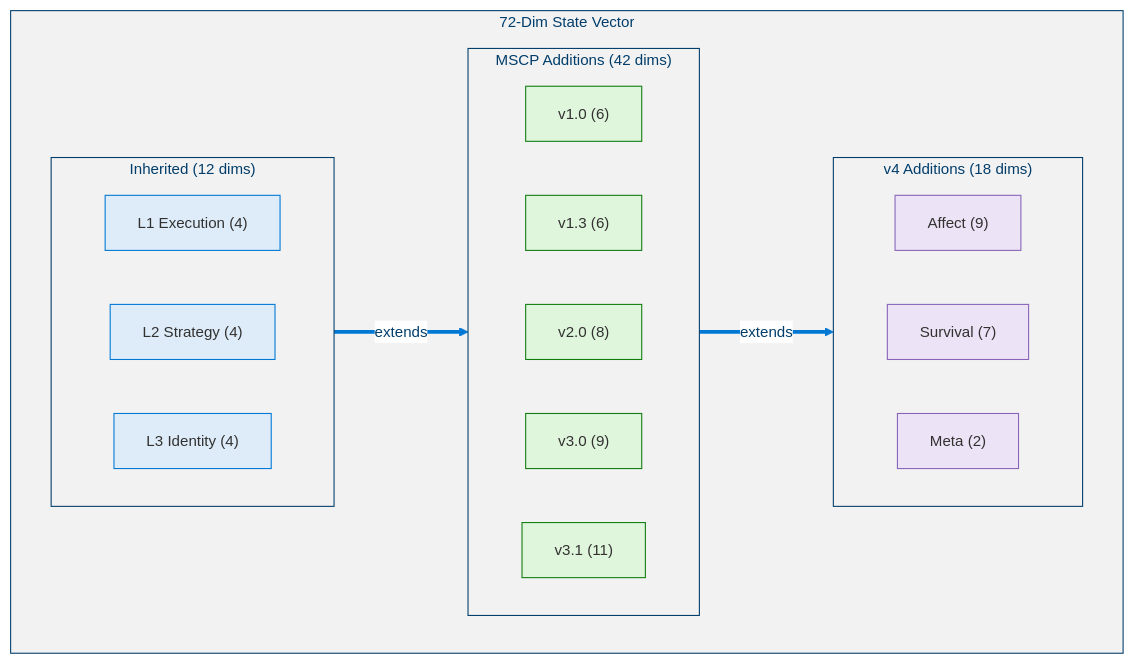
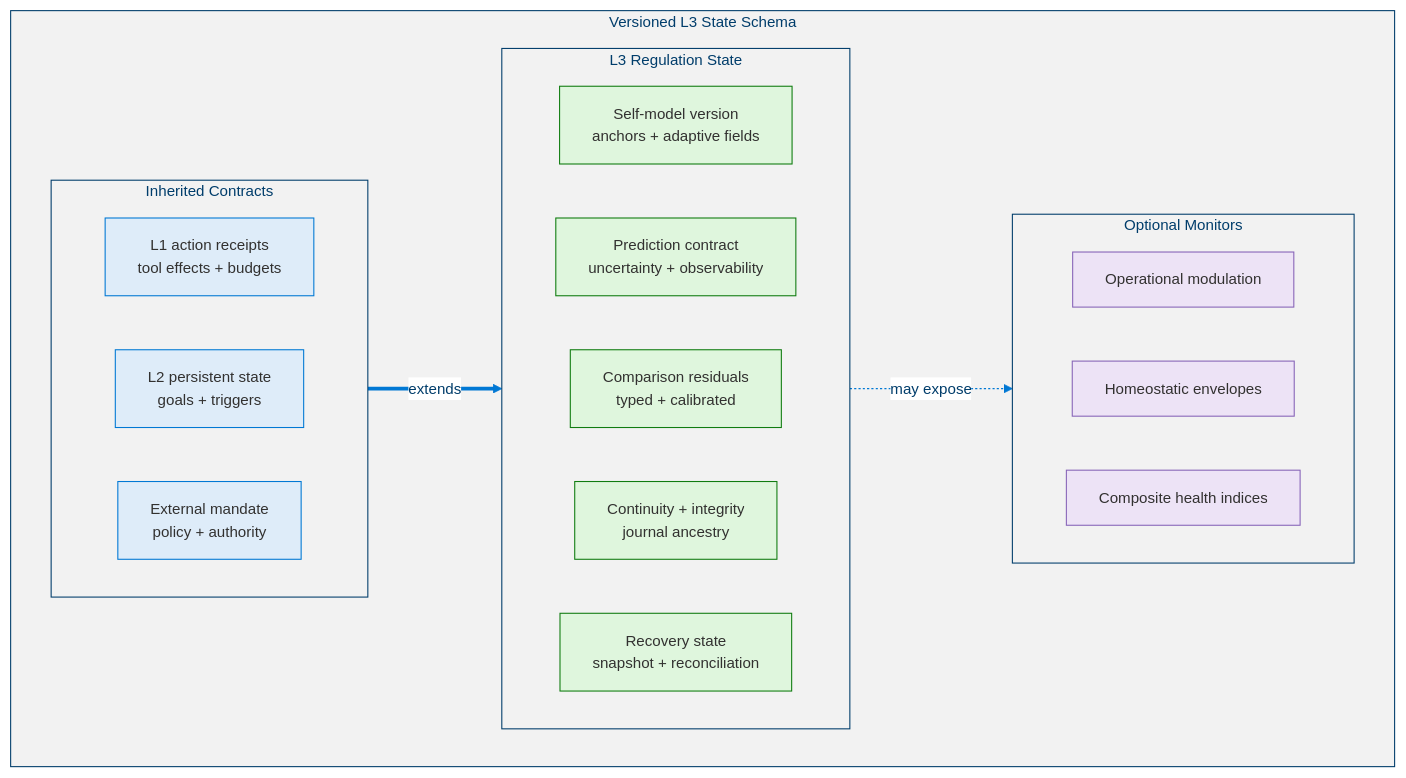
Diagram 17 of 19 in docs/levels/Level_3_Self_Regulating_Agent.md (dotnetpower/mscp), drawn with Mermaid before and after one commit. The commit also changed other lines of this file and 21 other files, not shown here.

````diff
--- a/docs/levels/Level_3_Self_Regulating_Agent.md
+++ b/docs/levels/Level_3_Self_Regulating_Agent.md
@@ -1320,35 +1439,35 @@
 ```mermaid
 %%{init: {'theme': 'base', 'themeVariables': {'primaryColor': '#0078D4', 'primaryTextColor': '#003D6B', 'primaryBorderColor': '#003D6B', 'secondaryColor': '#50E6FF', 'secondaryTextColor': '#323130', 'secondaryBorderColor': '#00BCF2', 'tertiaryColor': '#F2F2F2', 'tertiaryTextColor': '#323130', 'lineColor': '#0078D4', 'textColor': '#323130', 'mainBkg': '#DEECF9', 'nodeBorder': '#0078D4', 'clusterBkg': '#F2F2F2', 'clusterBorder': '#003D6B', 'titleColor': '#003D6B', 'edgeLabelBackground': '#FFFFFF', 'fontSize': '14px'}}}%%
 flowchart TB
   classDef base fill:#DEECF9,stroke:#0078D4,color:#323130
   classDef mscp fill:#DFF6DD,stroke:#107C10,color:#323130
   classDef v4 fill:#EDE3F6,stroke:#8764B8,color:#323130
 
-  subgraph SV["72-Dim State Vector"]
-    subgraph Base["Inherited (12 dims)"]
+  subgraph SV["Versioned L3 State Schema"]
+    subgraph Base["Inherited Contracts"]
       direction LR
-      SV1["L1 Execution (4)"]:::base
-      SV2["L2 Strategy (4)"]:::base
-      SV3["L3 Identity (4)"]:::base
+      SV1["L1 action receipts<br/>tool effects + budgets"]:::base
+      SV2["L2 persistent state<br/>goals + triggers"]:::base
+      SV3["External mandate<br/>policy + authority"]:::base
     end
 
-    subgraph MSCP["MSCP Additions (42 dims)"]
+    subgraph MSCP["L3 Regulation State"]
       direction LR
-      SV4["v1.0 (6)"]:::mscp
-      SV5["v1.3 (6)"]:::mscp
-      SV6["v2.0 (8)"]:::mscp
-      SV7["v3.0 (9)"]:::mscp
-      SV8["v3.1 (11)"]:::mscp
+      SV4["Self-model version<br/>anchors + adaptive fields"]:::mscp
+      SV5["Prediction contract<br/>uncertainty + observability"]:::mscp
+      SV6["Comparison residuals<br/>typed + calibrated"]:::mscp
+      SV7["Continuity + integrity<br/>journal ancestry"]:::mscp
+      SV8["Recovery state<br/>snapshot + reconciliation"]:::mscp
     end
 
-    subgraph V4["v4 Additions (18 dims)"]
+    subgraph V4["Optional Monitors"]
       direction LR
-      SV9["Affect (9)"]:::v4
-      SV10["Survival (7)"]:::v4
-      SV11["Meta (2)"]:::v4
+      SV9["Operational modulation"]:::v4
+      SV10["Homeostatic envelopes"]:::v4
+      SV11["Composite health indices"]:::v4
     end
   end
 
   Base ==>|extends| MSCP
-  MSCP ==>|extends| V4
+  MSCP -.->|may expose| V4
 ```
````
